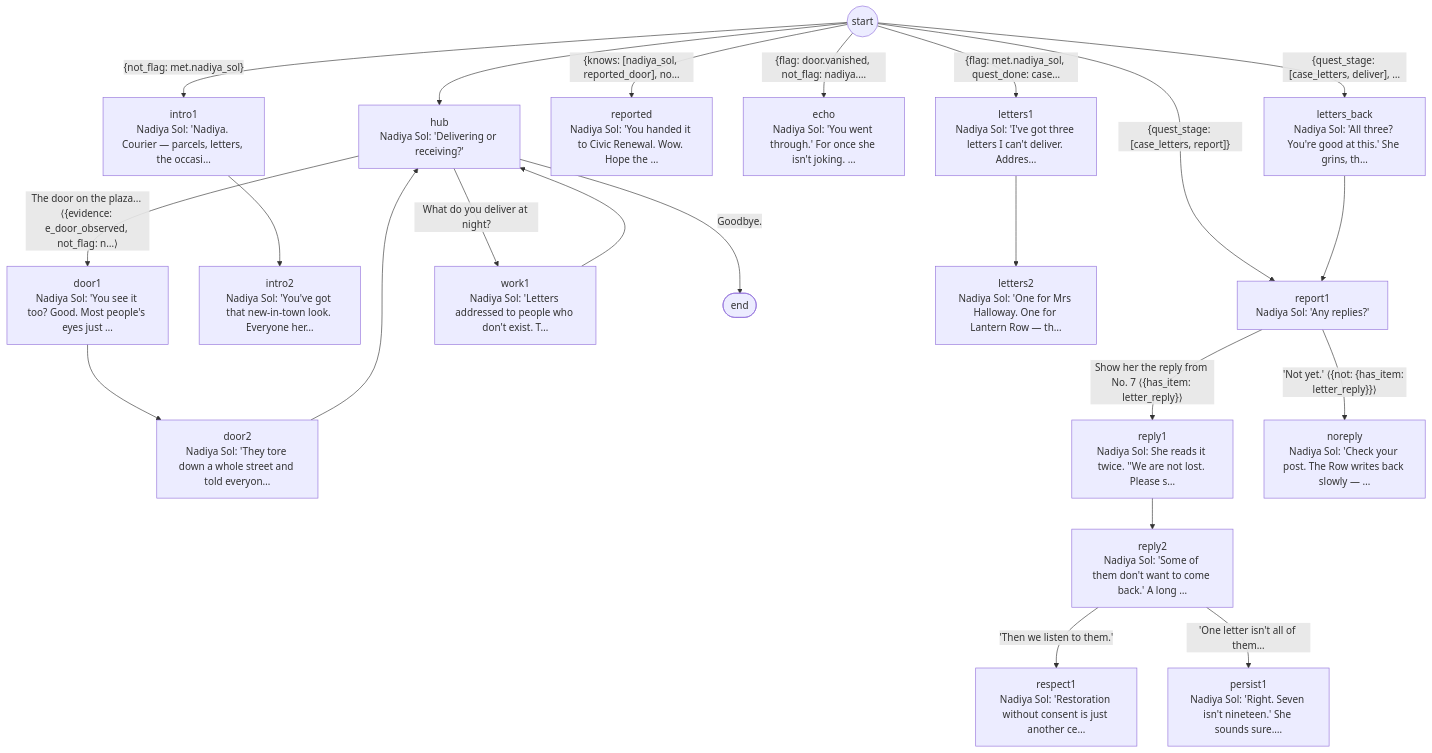
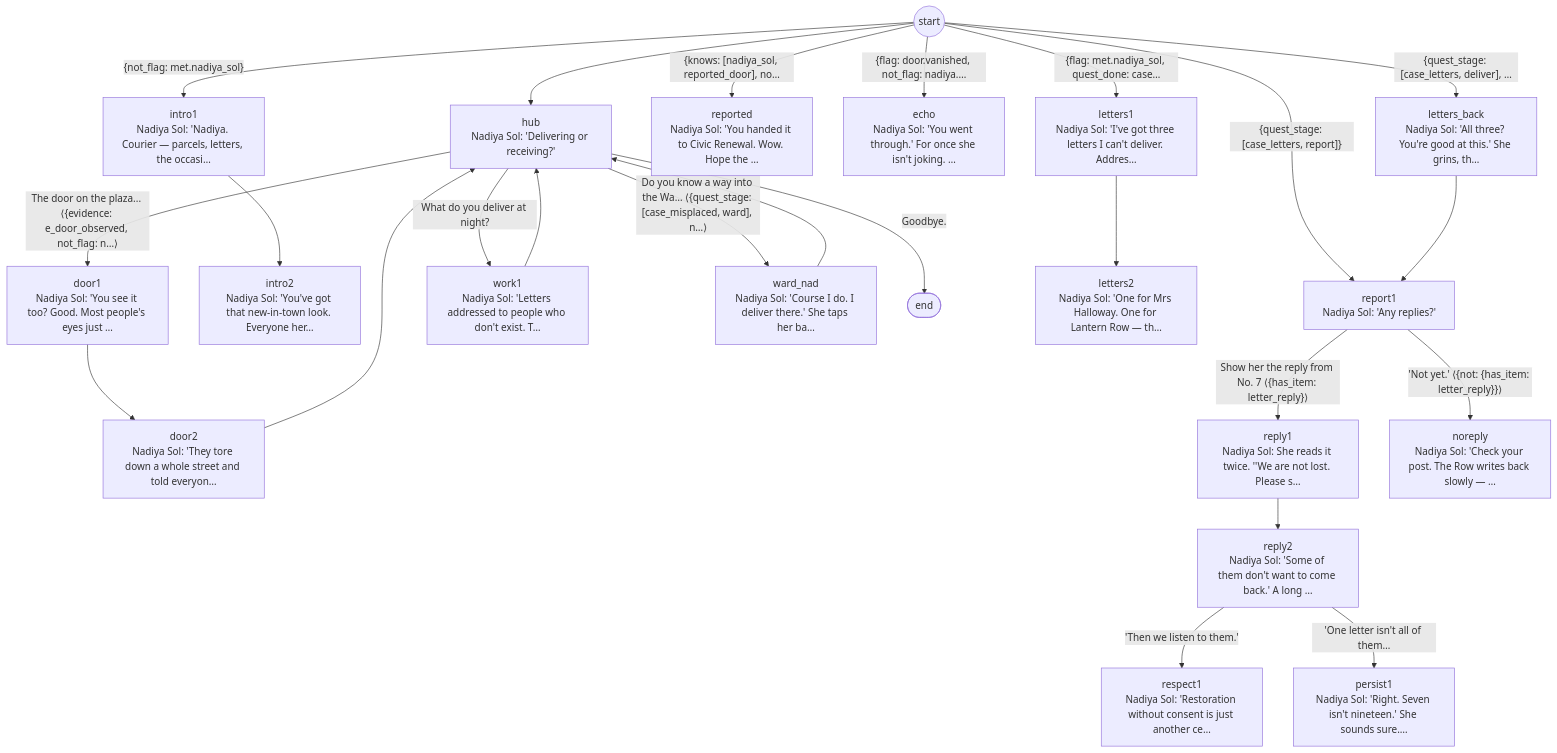
Before and after one commit to DoctorStrangeSH/ECHOES-OF-THE-VEIL: diagram 28 of 51 in docs/generated/dialogue.md, drawn with Mermaid. The commit also changed other lines of this file and 42 other files, not shown here.

````diff
--- a/docs/generated/dialogue.md
+++ b/docs/generated/dialogue.md
@@ -468,43 +720,46 @@
 ```mermaid
 flowchart TD
   nadiya_START(("start"))
   nadiya_START --> nadiya_hub
   nadiya_START -->|"{not_flag: met.nadiya_sol}"| nadiya_intro1
   nadiya_START -->|"{knows: [nadiya_sol, reported_door], no…"| nadiya_reported
   nadiya_START -->|"{flag: door.vanished, not_flag: nadiya.…"| nadiya_echo
   nadiya_START -->|"{quest_stage: [case_letters, deliver], …"| nadiya_letters_back
   nadiya_START -->|"{quest_stage: [case_letters, report]}"| nadiya_report1
   nadiya_START -->|"{flag: met.nadiya_sol, quest_done: case…"| nadiya_letters1
   nadiya_intro1["intro1<br/>Nadiya Sol: 'Nadiya. Courier — parcels, letters, the occasi…"]
   nadiya_intro1 --> nadiya_intro2
   nadiya_intro2["intro2<br/>Nadiya Sol: 'You've got that new-in-town look. Everyone her…"]
   nadiya_hub["hub<br/>Nadiya Sol: 'Delivering or receiving?'"]
   nadiya_hub -->|"The door on the plaza... ⟨{evidence: e_door_observed, not_flag: n…⟩"| nadiya_door1
   nadiya_hub -->|"What do you deliver at night?"| nadiya_work1
-  nadiya_hub_end_2(["end"])
-  nadiya_hub -->|"Goodbye."| nadiya_hub_end_2
+  nadiya_hub -->|"Do you know a way into the Wa… ⟨{quest_stage: [case_misplaced, ward], n…⟩"| nadiya_ward_nad
+  nadiya_hub_end_3(["end"])
+  nadiya_hub -->|"Goodbye."| nadiya_hub_end_3
   nadiya_door1["door1<br/>Nadiya Sol: 'You see it too? Good. Most people's eyes just …"]
   nadiya_door1 --> nadiya_door2
   nadiya_door2["door2<br/>Nadiya Sol: 'They tore down a whole street and told everyon…"]
   nadiya_door2 --> nadiya_hub
   nadiya_work1["work1<br/>Nadiya Sol: 'Letters addressed to people who don't exist. T…"]
   nadiya_work1 --> nadiya_hub
   nadiya_reported["reported<br/>Nadiya Sol: 'You handed it to Civic Renewal. Wow. Hope the …"]
   nadiya_echo["echo<br/>Nadiya Sol: 'You went through.' For once she isn't joking. …"]
   nadiya_letters1["letters1<br/>Nadiya Sol: 'I've got three letters I can't deliver. Addres…"]
   nadiya_letters1 --> nadiya_letters2
   nadiya_letters2["letters2<br/>Nadiya Sol: 'One for Mrs Halloway. One for Lantern Row — th…"]
   nadiya_letters_back["letters_back<br/>Nadiya Sol: 'All three? You're good at this.' She grins, th…"]
   nadiya_letters_back --> nadiya_report1
   nadiya_report1["report1<br/>Nadiya Sol: 'Any replies?'"]
   nadiya_report1 -->|"Show her the reply from No. 7 ⟨{has_item: letter_reply}⟩"| nadiya_reply1
   nadiya_report1 -->|"'Not yet.' ⟨{not: {has_item: letter_reply}}⟩"| nadiya_noreply
   nadiya_noreply["noreply<br/>Nadiya Sol: 'Check your post. The Row writes back slowly — …"]
   nadiya_reply1["reply1<br/>Nadiya Sol: She reads it twice. ''We are not lost. Please s…"]
   nadiya_reply1 --> nadiya_reply2
   nadiya_reply2["reply2<br/>Nadiya Sol: 'Some of them don't want to come back.' A long …"]
   nadiya_reply2 -->|"'Then we listen to them.'"| nadiya_respect1
   nadiya_reply2 -->|"'One letter isn't all of them…"| nadiya_persist1
   nadiya_respect1["respect1<br/>Nadiya Sol: 'Restoration without consent is just another ce…"]
   nadiya_persist1["persist1<br/>Nadiya Sol: 'Right. Seven isn't nineteen.' She sounds sure.…"]
+  nadiya_ward_nad["ward_nad<br/>Nadiya Sol: 'Course I do. I deliver there.' She taps her ba…"]
+  nadiya_ward_nad --> nadiya_hub
 ```
````
